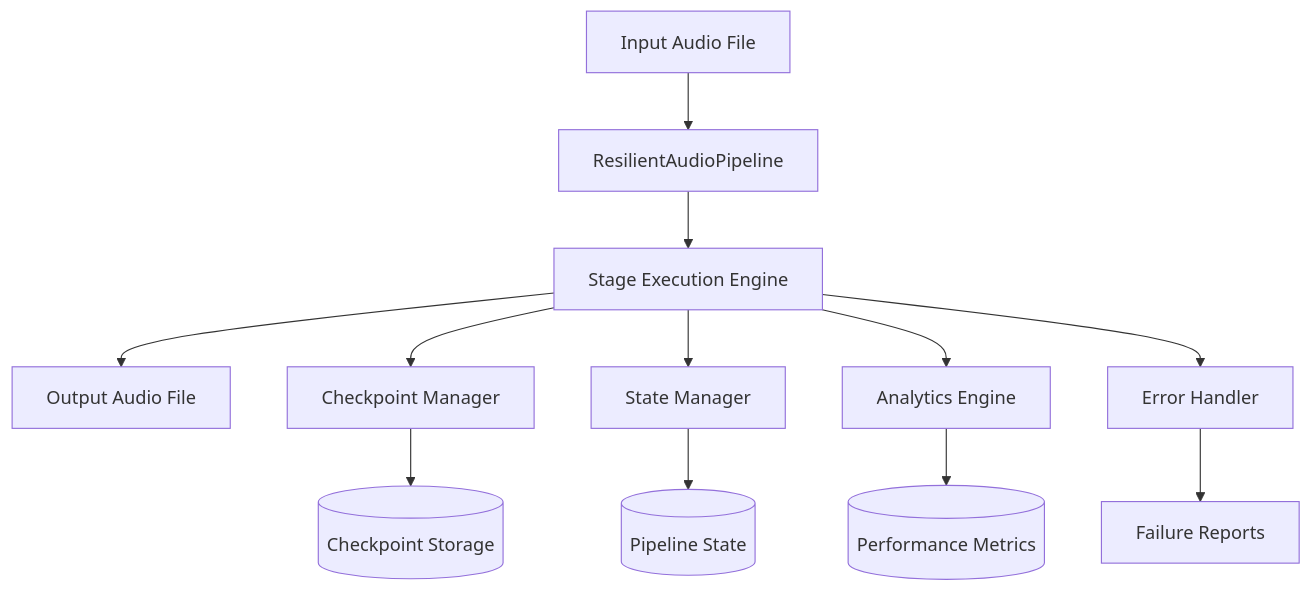
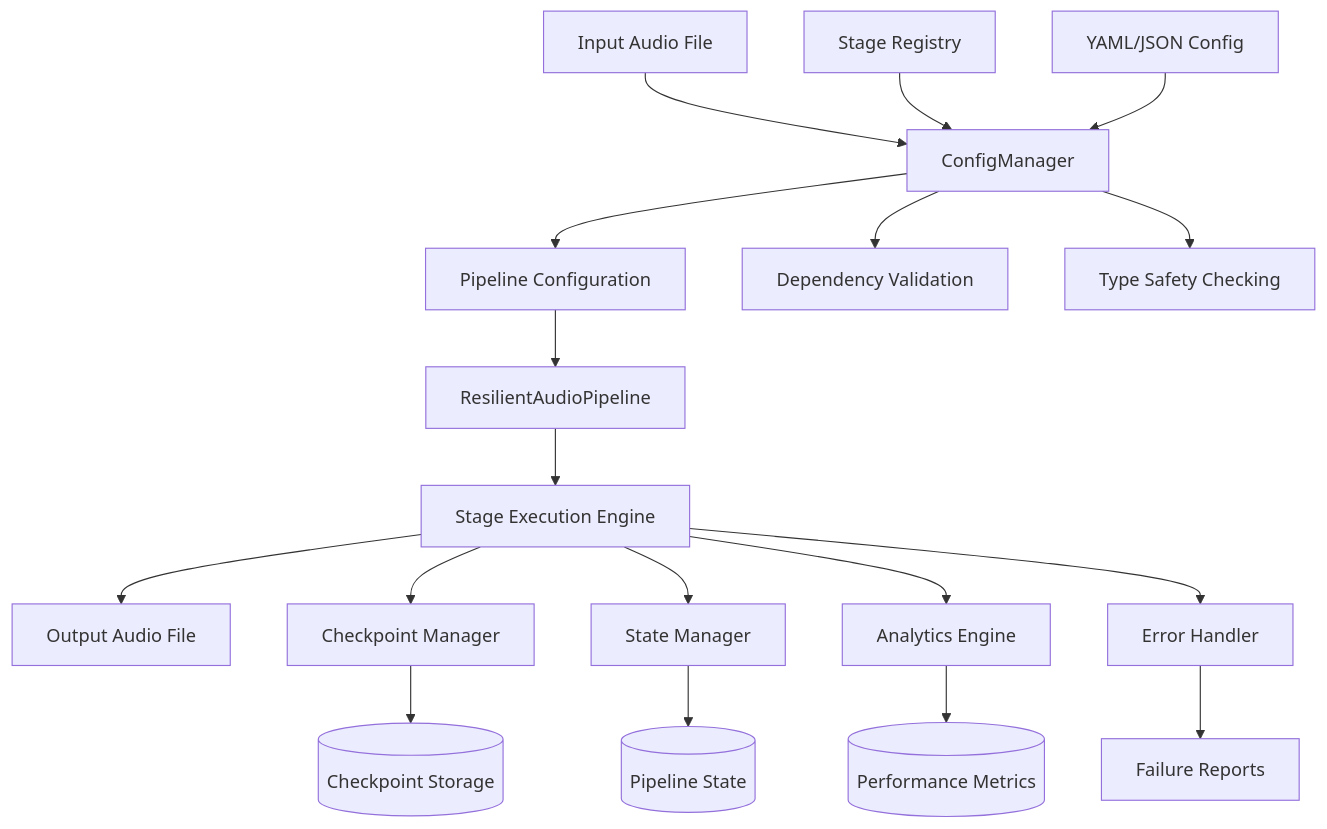
The first of 10 diagrams in architecture.md (hyperjive-hq/hyper-audio), drawn with Mermaid before and after one commit. The commit also changed other lines of this file and 32 other files, not shown here.

````diff
--- a/architecture.md
+++ b/architecture.md
@@ -9,17 +9,25 @@
 ```mermaid
 graph TB
-    A[Input Audio File] --> B[ResilientAudioPipeline]
-    B --> C[Stage Execution Engine]
-    C --> D[Output Audio File]
+    A[Input Audio File] --> B[ConfigManager]
+    B --> C[Pipeline Configuration]
+    C --> D[ResilientAudioPipeline]
+    D --> E[Stage Execution Engine]
+    E --> F[Output Audio File]
     
-    C --> E[Checkpoint Manager]
-    C --> F[State Manager]
-    C --> G[Analytics Engine]
+    B --> G[Dependency Validation]
+    B --> H[Type Safety Checking]
     
-    E --> H[(Checkpoint Storage)]
-    F --> I[(Pipeline State)]
-    G --> J[(Performance Metrics)]
+    E --> I[Checkpoint Manager]
+    E --> J[State Manager]
+    E --> K[Analytics Engine]
     
-    K[Error Handler] --> L[Failure Reports]
-    C --> K
+    I --> L[(Checkpoint Storage)]
+    J --> M[(Pipeline State)]
+    K --> N[(Performance Metrics)]
+    
+    O[Error Handler] --> P[Failure Reports]
+    E --> O
+    
+    Q[Stage Registry] --> B
+    R[YAML/JSON Config] --> B
 ```
````
